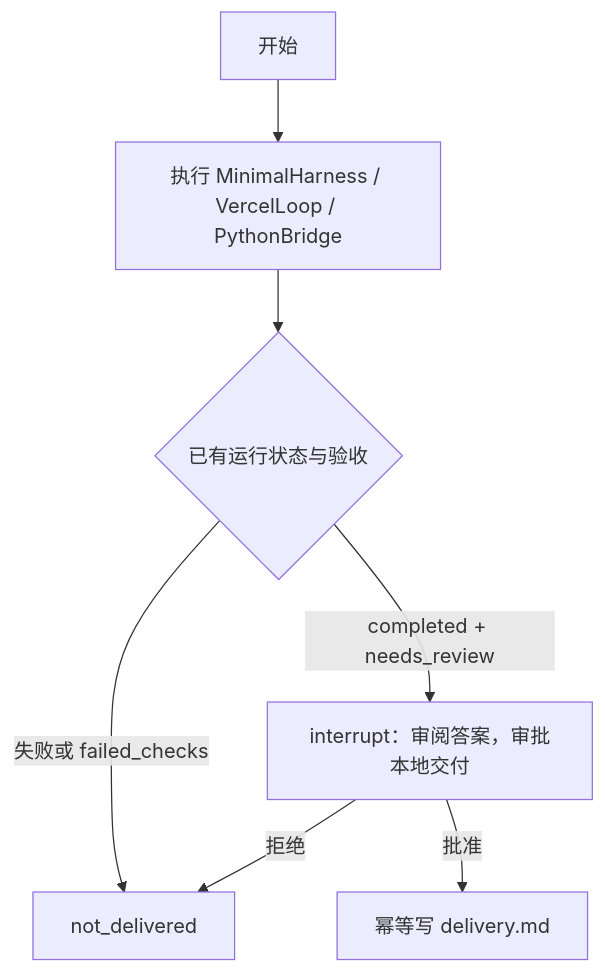
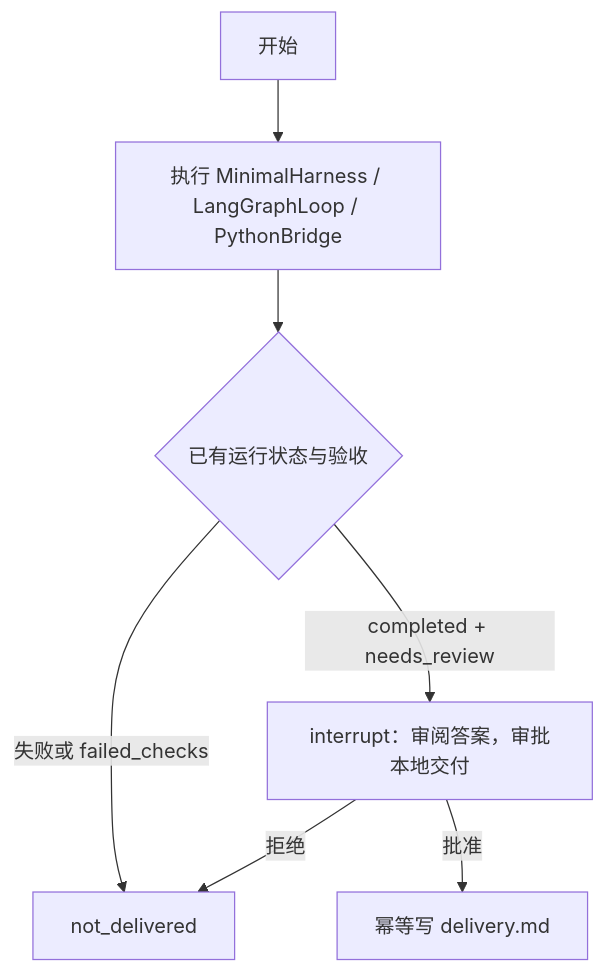
Before and after one commit to ashyh123/agent-harness: the second of 2 diagrams in vercel_agent/LANGGRAPH.md, drawn with Mermaid. The commit also changed other lines of this file and 60 other files, not shown here.

````diff
--- a/vercel_agent/LANGGRAPH.md
+++ b/vercel_agent/LANGGRAPH.md
@@ -53,9 +56,9 @@
 ```mermaid
 flowchart TD
-    S[开始] --> E[执行 MinimalHarness / VercelLoop / PythonBridge]
+    S[开始] --> E[执行 MinimalHarness / LangGraphLoop / PythonBridge]
     E --> C{已有运行状态与验收}
     C -->|失败或 failed_checks| R[not_delivered]
     C -->|completed + needs_review| A[interrupt：审阅答案，审批本地交付]
     A -->|拒绝| R
     A -->|批准| D[幂等写 delivery.md]
 ```
````
